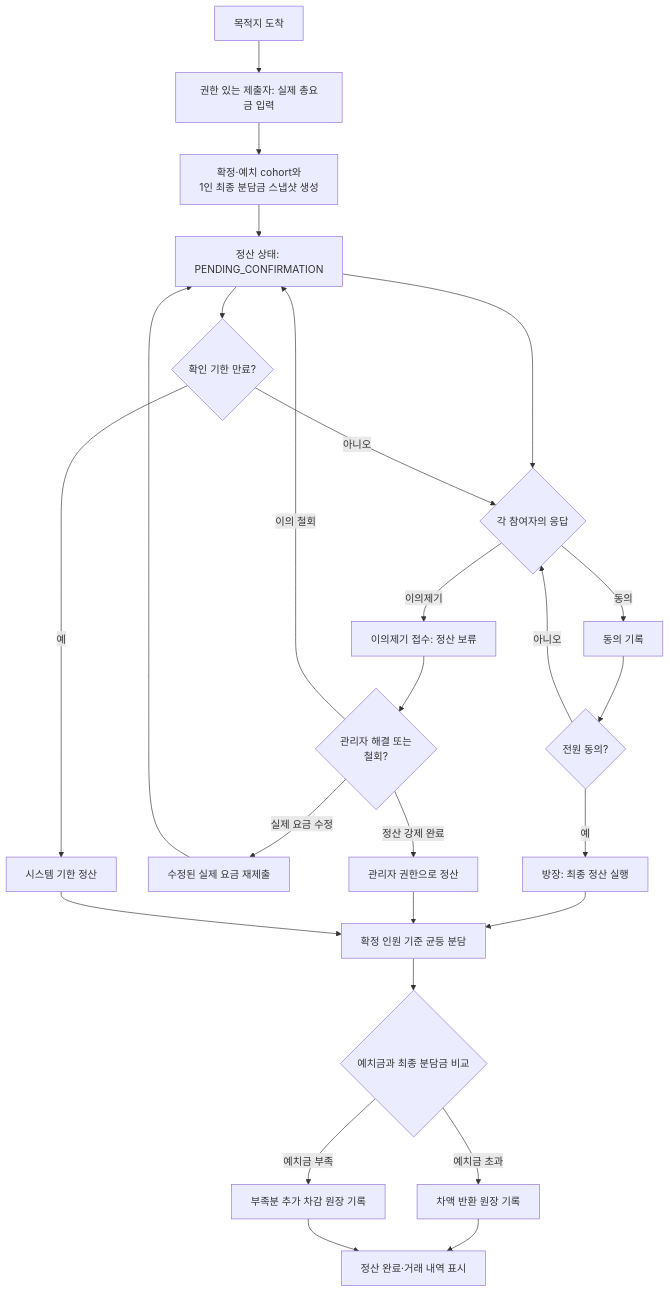
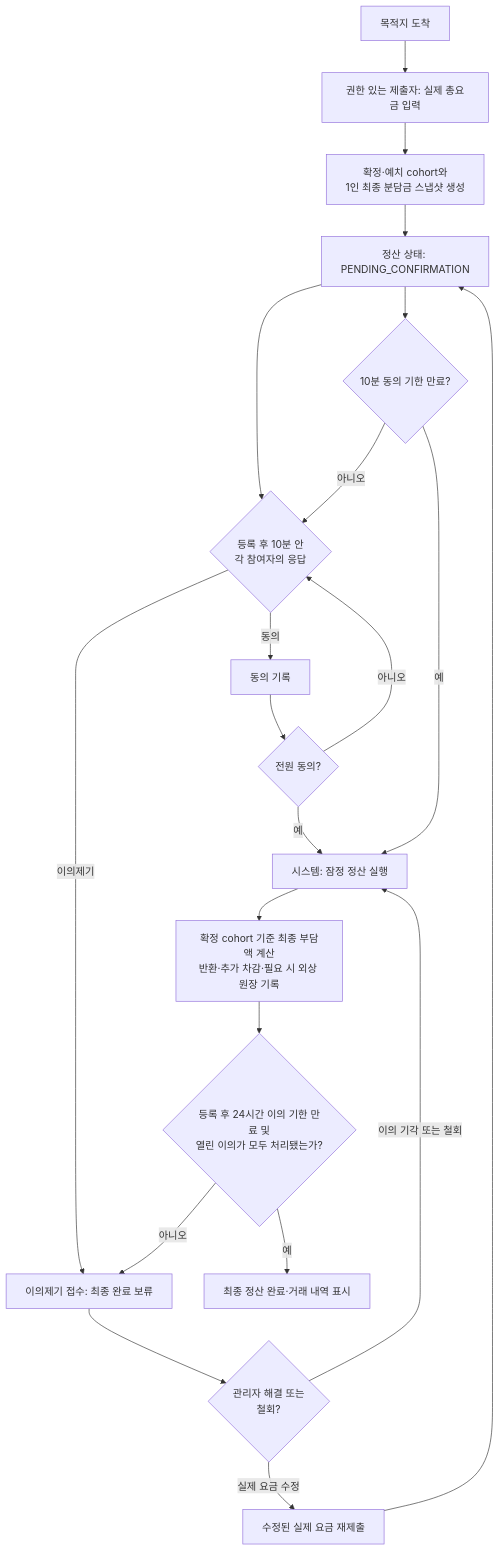
The fourth of 6 diagrams in docs/user-journey.md (LEE-JAKE-123/taxi-ta-share), drawn with Mermaid before and after one commit. The commit also changed other lines of this file and 19 other files, not shown here.

````diff
--- a/docs/user-journey.md
+++ b/docs/user-journey.md
@@ -115,32 +125,27 @@
 ```mermaid
 flowchart TD
   arrival[목적지 도착] --> submit[권한 있는 제출자: 실제 총요금 입력]
   submit --> snapshot[확정·예치 cohort와<br/>1인 최종 분담금 스냅샷 생성]
   snapshot --> proposed[정산 상태: PENDING_CONFIRMATION]
-  proposed --> response{각 참여자의 응답}
+  proposed --> response{등록 후 10분 안<br/>각 참여자의 응답}
 
   response -- 동의 --> accepted[동의 기록]
   accepted --> all{전원 동의?}
-  all -- 예 --> hostsettle[방장: 최종 정산 실행]
+  all -- 예 --> provisional[시스템: 잠정 정산 실행]
   all -- 아니오 --> response
 
-  response -- 이의제기 --> disputed[이의제기 접수: 정산 보류]
+  response -- 이의제기 --> disputed[이의제기 접수: 최종 완료 보류]
   disputed --> resolved{관리자 해결 또는<br/>철회?}
   resolved -- 실제 요금 수정 --> resubmit[수정된 실제 요금 재제출]
-  resolved -- 정산 강제 완료 --> forced[관리자 권한으로 정산]
-  resolved -- 이의 철회 --> proposed
+  resolved -- 이의 기각 또는 철회 --> provisional
   resubmit --> proposed
 
-  proposed --> deadline{확인 기한 만료?}
-  deadline -- 예 --> systemsettle[시스템 기한 정산]
+  proposed --> deadline{10분 동의 기한 만료?}
+  deadline -- 예 --> provisional
   deadline -- 아니오 --> response
 
-  hostsettle --> calculation[확정 인원 기준 균등 분담]
-  forced --> calculation
-  systemsettle --> calculation
-  calculation --> refund{예치금과 최종 분담금 비교}
-  refund -- 예치금 초과 --> return[차액 반환 원장 기록]
-  refund -- 예치금 부족 --> debit[부족분 추가 차감 원장 기록]
-  return --> completed[정산 완료·거래 내역 표시]
-  debit --> completed
+  provisional --> calculation[확정 cohort 기준 최종 부담액 계산<br/>반환·추가 차감·필요 시 외상 원장 기록]
+  calculation --> disputeDeadline{등록 후 24시간 이의 기한 만료 및<br/>열린 이의가 모두 처리됐는가?}
+  disputeDeadline -- 아니오 --> disputed
+  disputeDeadline -- 예 --> completed[최종 정산 완료·거래 내역 표시]
 ```
````
